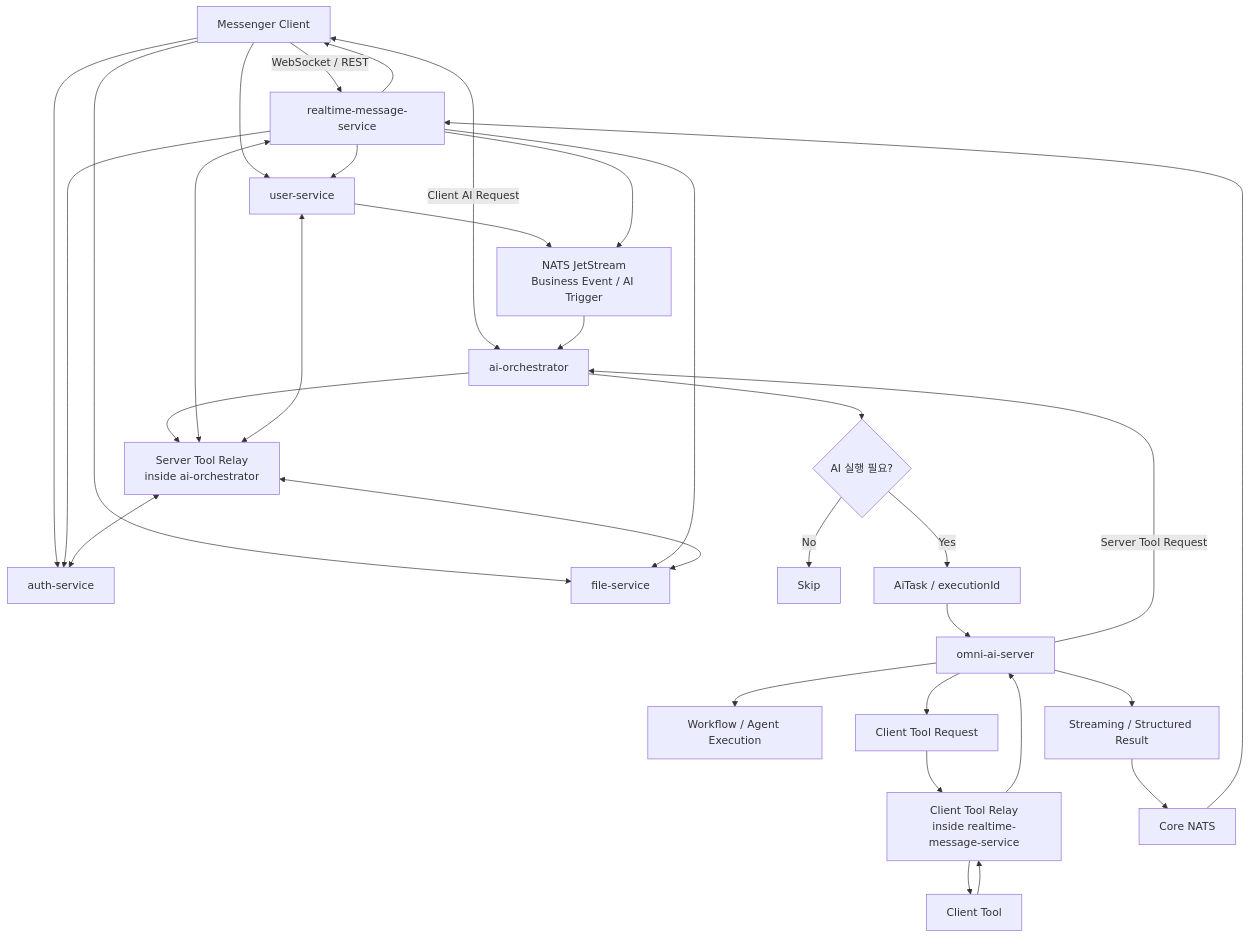
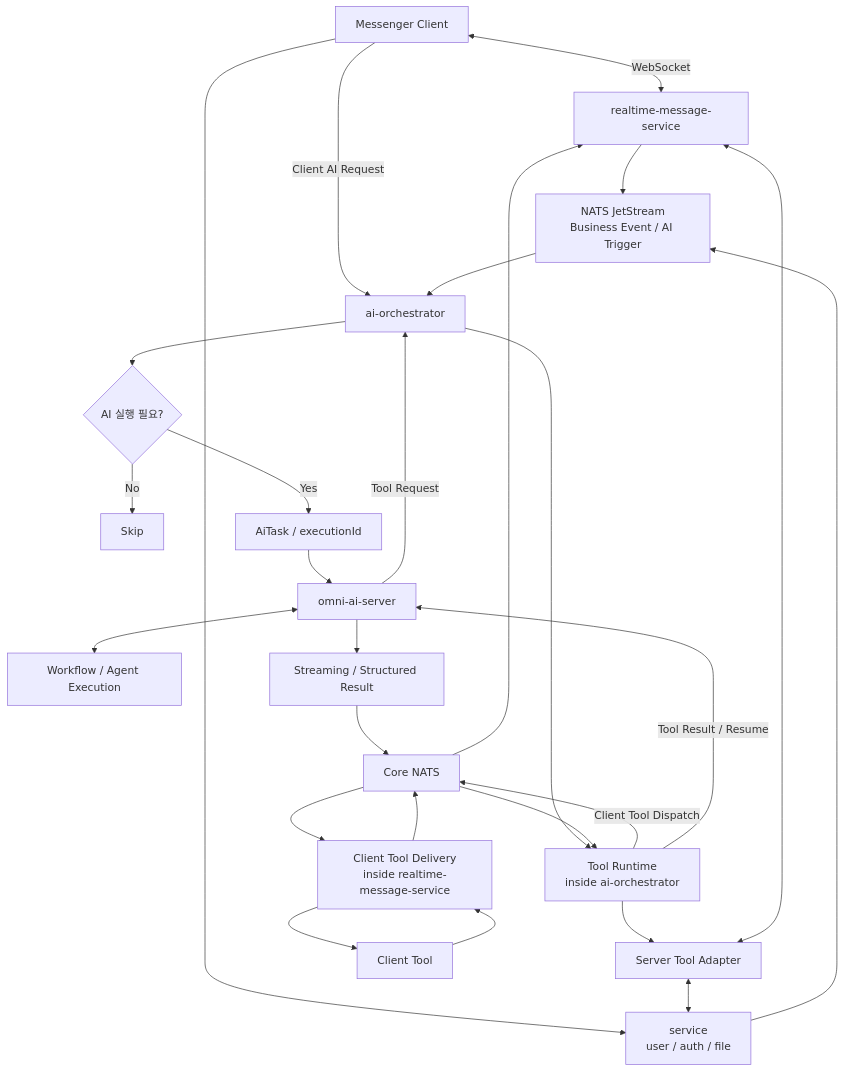
One commit to kipo3195/omni-ai-architecture changed the diagram in README.md. Above: the diagram before and after it, drawn with Mermaid. The commit also changed other lines of this file and 9 other files, not shown here.

Commit message:
docs: Tool Runtime 중심의 툴 호출 구조로 아키텍처 문서 정리

````diff
--- a/README.md
+++ b/README.md
@@ -92,40 +92,34 @@
 ```mermaid
 flowchart TD
-    A[Messenger Client] -->|WebSocket / REST| B[realtime-message-service]
-    A <-->|Client AI Request| G[ai-orchestrator]
-    A --> C[user-service]
-    A --> D[auth-service]
-    A --> E[file-service]
-
-    B --> C[user-service]
-    B --> D[auth-service]
-    B --> E[file-service]
+    A[Messenger Client] <-->|WebSocket| B[realtime-message-service]
+    A -->|Client AI Request| G[ai-orchestrator]
+    A --> C[service<br/> user / auth / file]
 
     C --> F[NATS JetStream<br/>Business Event / AI Trigger]
     B --> F
     F --> G
 
     G --> H{AI 실행 필요?}
     H -- No --> I[Skip]
     H -- Yes --> J[AiTask / executionId]
     J --> K[omni-ai-server]
 
-    K -->|Server Tool Request| G
-    G --> L[Server Tool Relay<br/>inside ai-orchestrator]
-    L <--> B
-    L <--> C
-    L <--> D
-    L <--> E
+    K <--> M[Workflow / Agent Execution]
+    K -->|Tool Request| G
+    G --> L[Tool Runtime<br/>inside ai-orchestrator]
+    L --> N[Server Tool Adapter]
+    N <--> B
+    N <--> C
 
-    K --> M[Workflow / Agent Execution]
-    K --> N[Client Tool Request]
-    N --> O[Client Tool Relay<br/>inside realtime-message-service]
+    L -->|Client Tool Dispatch| R[Core NATS]
+    R --> O[Client Tool Delivery<br/>inside realtime-message-service]
     O --> P[Client Tool]
     P --> O
-    O --> K
+    O --> R
+    R --> L
+    L -->|Tool Result / Resume| K
 
     K --> Q[Streaming / Structured Result]
-    Q --> R[Core NATS]
+    Q --> R
     R --> B
-    B --> A
 ```
````
